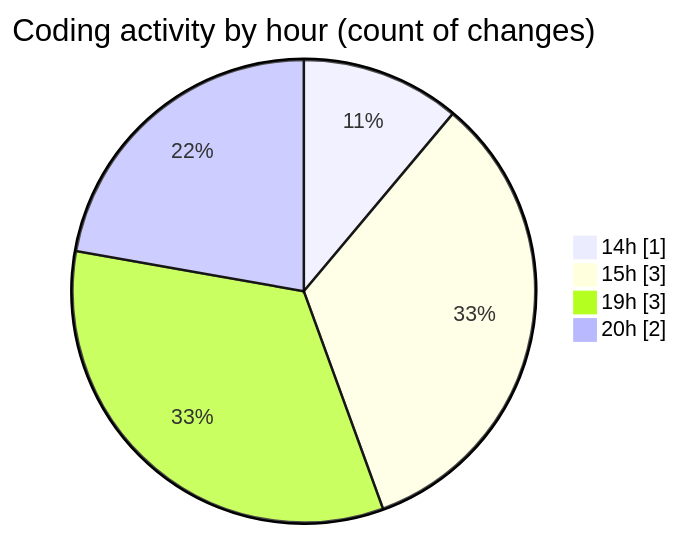
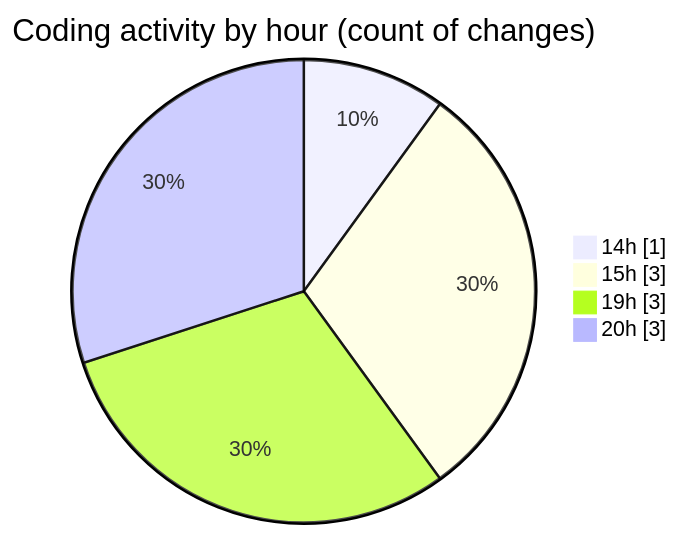
The second of 2 diagrams in 2026-03-02/shadcn-admin-kit-main__workspace_/README.md (jadenblack/code-tracking), drawn with Mermaid before and after one commit. The commit also changed other lines of this file and 1 other file, not shown here.

````diff
--- a/2026-03-02/shadcn-admin-kit-main__workspace_/README.md
+++ b/2026-03-02/shadcn-admin-kit-main__workspace_/README.md
@@ -34,8 +34,8 @@
 ```mermaid
 pie showData
 title Coding activity by hour (count of changes)
 "14h" : 1
 "15h" : 3
 "19h" : 3
-"20h" : 2
+"20h" : 3
 ```
````
